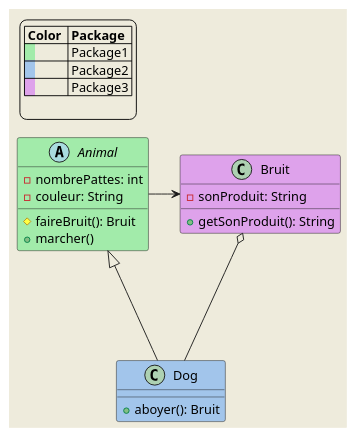
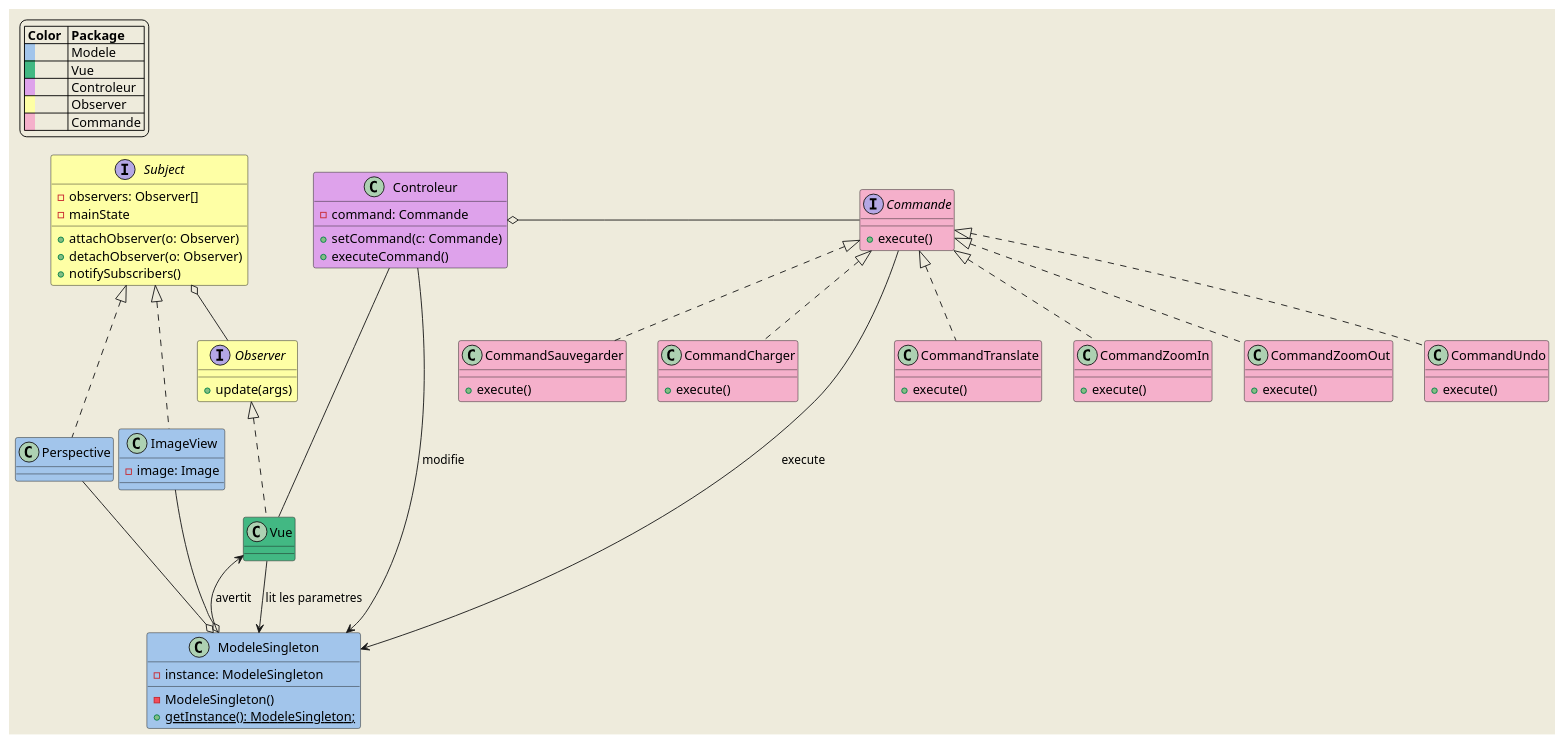
One commit to VelaSam/PerspectivePro changed the diagram in out/production/Log121PerspectivePro/diagrammes/diagramme_de_classe_global.puml. Above: the diagram before and after it, drawn with PlantUML. The commit also changed other lines of this file and 4 other files, not shown here.

First line of the commit message:
Début de diagramme de Classe

```diff
--- a/out/production/Log121PerspectivePro/diagrammes/diagramme_de_classe_global.puml
+++ b/out/production/Log121PerspectivePro/diagrammes/diagramme_de_classe_global.puml
@@ -1,39 +1,118 @@
 @startuml
 
 
 skinparam backgroundColor #EEEBDC
 
 legend top left
  |= Color  |= Package |
- |<back:#a2ebaa>   </back>| Package1 |
- |<back:#a2c5eb>   </back>| Package2 |
- |<back:#dea2eb>   </back>| Package3 |
-
+ |<back:#a2c5eb>   </back>| Modele |
+ |<back:#42b883>   </back>| Vue |
+ |<back:#dea2eb>   </back>| Controleur |
+ |<back:#FEFFA5>   </back>| Observer |
+ |<back:#F5B0CB>   </back>| Commande |
  endlegend
 
 
-abstract class Animal #a2ebaa{
-    -nombrePattes: int
-    -couleur: String
-
-    #faireBruit(): Bruit
-    +marcher()
-}
 
 
-class Dog #a2c5eb extends Animal {
-    +aboyer(): Bruit
-}
+    '----------OBSERVER--------------'
+    interface Observer #FEFFA5{
+        +update(args)
+    }
 
-class Bruit #dea2eb {
+    interface Subject #FEFFA5{
+        -observers: Observer[]
+        -mainState
 
-    -sonProduit: String
-    +getSonProduit(): String
-}
+        +attachObserver(o: Observer)
+        +detachObserver(o: Observer)
+        +notifySubscribers()
+
+    }
+    '-----------OBSERVER--------------'
 
 
-Animal --r-> Bruit
-Dog -up--o Bruit
+
+    '-----------COMMAND--------------'
+    interface Commande #F5B0CB {
+        +execute()
+    }
+
+    class CommandTranslate #F5B0CB implements Commande{
+        +execute()
+   
+    }
+
+    class CommandZoomIn #F5B0CB implements Commande{
+        +execute()
+   
+    }
+
+    class CommandZoomOut #F5B0CB implements Commande{
+        +execute()
+   
+    }
+
+    class CommandUndo #F5B0CB implements Commande{
+        +execute()
+    }
+    
+    class CommandSauvegarder #F5B0CB implements Commande{
+        +execute()
+    }
+
+    class CommandCharger #F5B0CB implements Commande{
+        +execute()
+    }
+    
+    '-----------COMMAND--------------'
 
 
+
+    class ModeleSingleton #a2c5eb {
+        -instance: ModeleSingleton
+
+        -ModeleSingleton()
+        + {static} getInstance(): ModeleSingleton;
+    }
+
+    class Perspective #a2c5eb implements Subject{
+
+    }
+
+    class ImageView #a2c5eb implements Subject{
+
+        -image: Image
+    }
+
+    class Controleur #dea2eb{
+
+        -command: Commande
+        +setCommand(c: Commande)
+        +executeCommand()
+
+
+    }
+
+    class Vue #42b883 implements Observer {}
+
+
+
+
+    Subject o-- Observer
+
+    ModeleSingleton o-u- Perspective
+    ModeleSingleton o-u- ImageView
+
+    ModeleSingleton <-- Controleur: modifie
+    Vue -up- Controleur
+
+    Vue <-- ModeleSingleton: avertit
+    Vue --> ModeleSingleton: lit les parametres
+
+
+    Commande -l-o Controleur 
+
+    Commande ----> ModeleSingleton : execute
+
 @enduml
```
